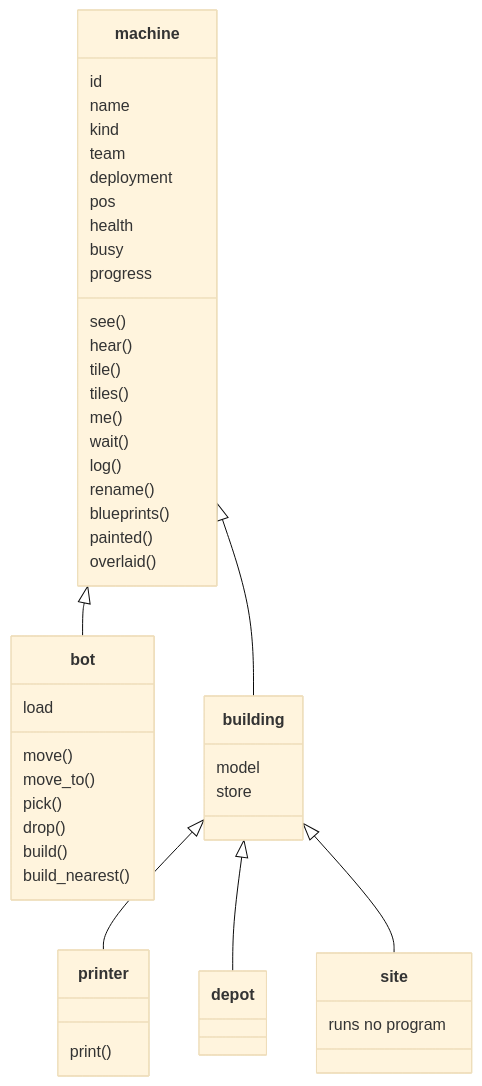
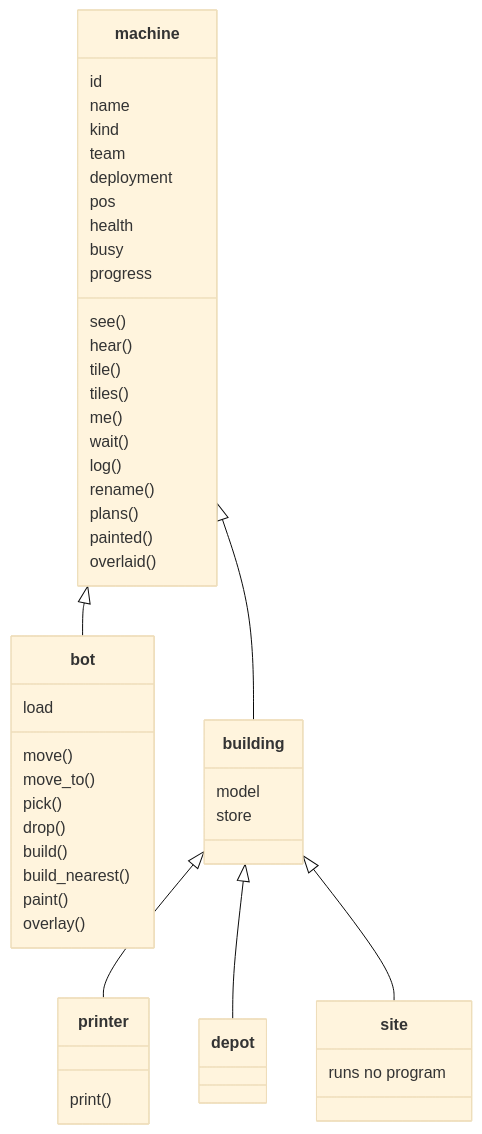
Before and after one commit to mmmtastymmm/programming-game-planned-2: the diagram in docs/02-machines.md, drawn with Mermaid (base theme). The commit also changed other lines of this file and 7 other files, not shown here.

````diff
--- a/docs/02-machines.md
+++ b/docs/02-machines.md
@@ -148,50 +148,52 @@
 ```mermaid
 classDiagram
   class machine {
     id
     name
     kind
     team
     deployment
     pos
     health
     busy
     progress
     see()
     hear()
     tile()
     tiles()
     me()
     wait()
     log()
     rename()
-    blueprints()
+    plans()
     painted()
     overlaid()
   }
   class bot {
     load
     move()
     move_to()
     pick()
     drop()
     build()
     build_nearest()
+    paint()
+    overlay()
   }
   class building {
     model
     store
   }
   class printer {
     print()
   }
   class depot
   class site {
     runs no program
   }
   machine <|-- bot
   machine <|-- building
   building <|-- printer
   building <|-- depot
   building <|-- site
 ```
````
